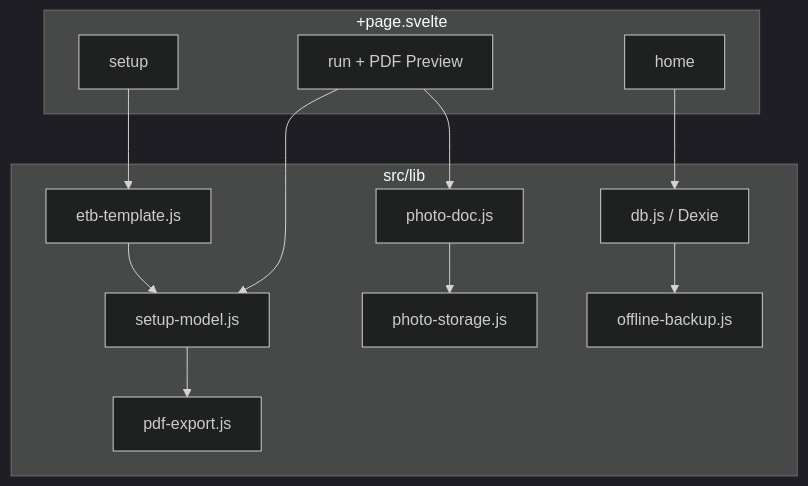
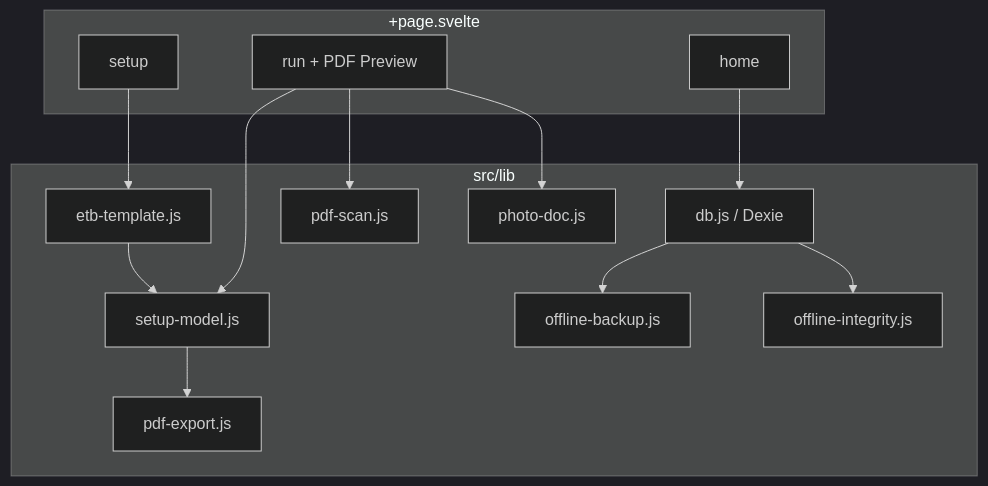
One commit to KCLK08/buew-toolbox changed the diagram in BAUTAGEBUCH_PWA_IST_DOKUMENTATION.md. Above: the diagram before and after it, drawn with Mermaid (dark theme). The commit also changed other lines of this file and 1 other file, not shown here.

````diff
--- a/BAUTAGEBUCH_PWA_IST_DOKUMENTATION.md
+++ b/BAUTAGEBUCH_PWA_IST_DOKUMENTATION.md
@@ -502,24 +609,27 @@
 ```mermaid
 flowchart TB
   subgraph UI [+page.svelte]
     Home[home]
     Setup[setup]
     Run[run + PDF Preview]
   end
 
   subgraph Lib [src/lib]
     DB[db.js / Dexie]
     ETB[etb-template.js]
     SM[setup-model.js]
+    PS[pdf-scan.js]
     PE[pdf-export.js]
     PD[photo-doc.js]
-    PS[photo-storage.js]
     BK[offline-backup.js]
+    INT[offline-integrity.js]
   end
 
   Home --> DB
   Setup --> ETB --> SM
   Run --> SM --> PE
-  Run --> PD --> PS
+  Run --> PS
+  Run --> PD
   DB --> BK
+  DB --> INT
 ```
````
